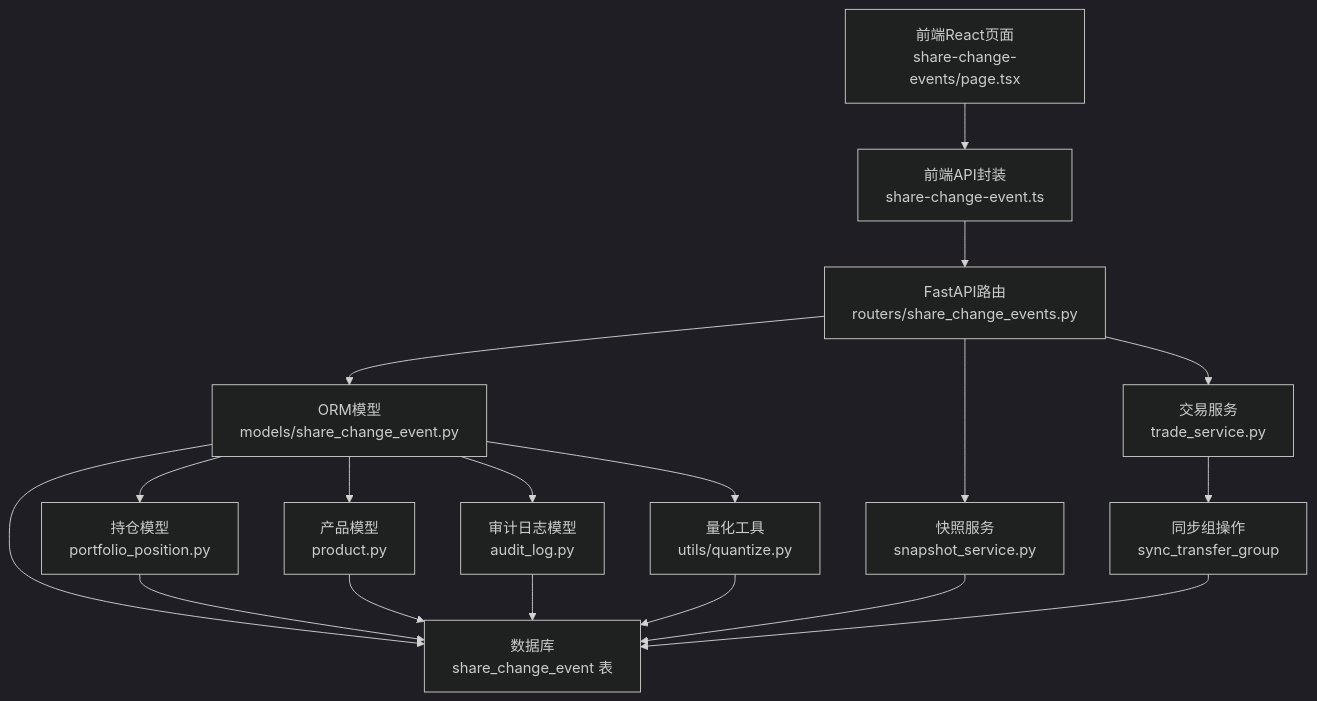
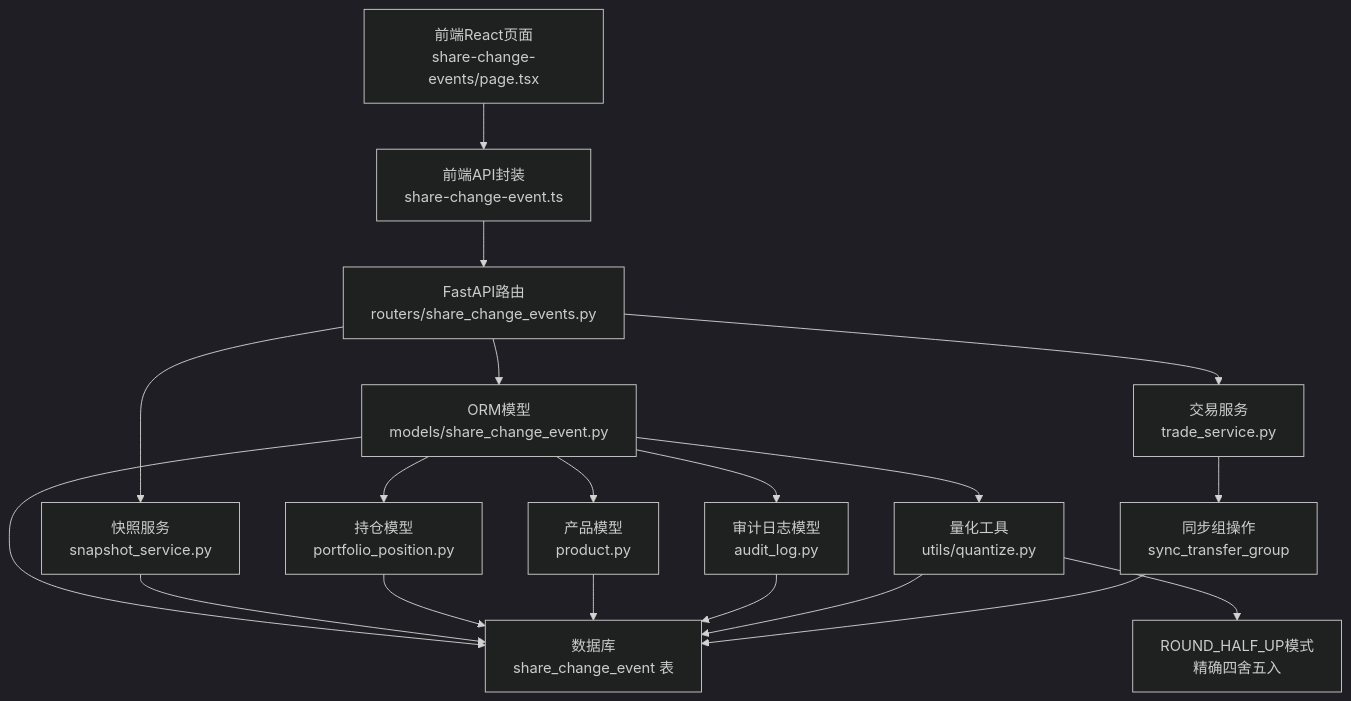
One commit to gujialind/InvestRing changed the first of 3 diagrams in .qoder/repowiki/zh/content/核心业务功能/份额变动事件.md. Above: the diagram before and after it, drawn with Mermaid (dark theme). The commit also changed other lines of this file and 32 other files, not shown here.

````diff
--- a/.qoder/repowiki/zh/content/核心业务功能/份额变动事件.md
+++ b/.qoder/repowiki/zh/content/核心业务功能/份额变动事件.md
@@ -44,20 +45,21 @@
 ```mermaid
 graph TB
 FE["前端React页面<br/>share-change-events/page.tsx"] --> API["前端API封装<br/>share-change-event.ts"]
 API --> Router["FastAPI路由<br/>routers/share_change_events.py"]
 Router --> Model["ORM模型<br/>models/share_change_event.py"]
 Router --> SnapshotService["快照服务<br/>snapshot_service.py"]
 Model --> DB["数据库<br/>share_change_event 表"]
 SnapshotService --> DB
 Model --> PositionModel["持仓模型<br/>portfolio_position.py"]
 Model --> ProductModel["产品模型<br/>product.py"]
 Model --> AuditModel["审计日志模型<br/>audit_log.py"]
 PositionModel --> DB
 ProductModel --> DB
 AuditModel --> DB
 Model --> Quantize["量化工具<br/>utils/quantize.py"]
 Quantize --> DB
 Router --> TradeService["交易服务<br/>trade_service.py"]
 TradeService --> SyncTransferGroup["同步组操作<br/>sync_transfer_group"]
 SyncTransferGroup --> DB
+Quantize --> ROUND_HALF_UP["ROUND_HALF_UP模式<br/>精确四舍五入"]
 ```
````
